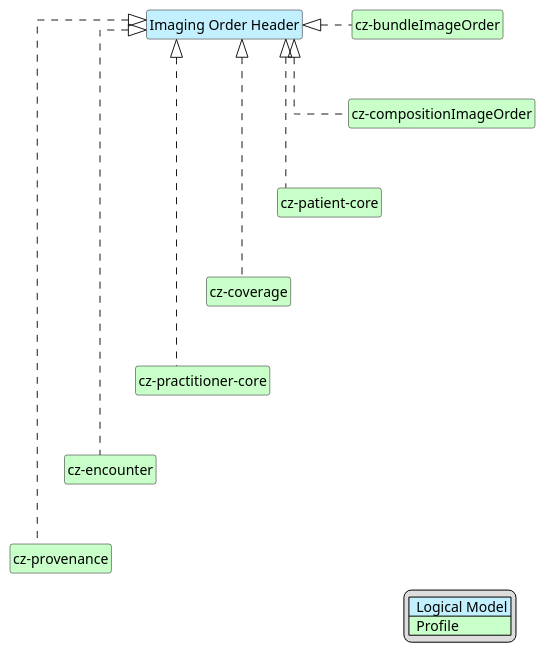
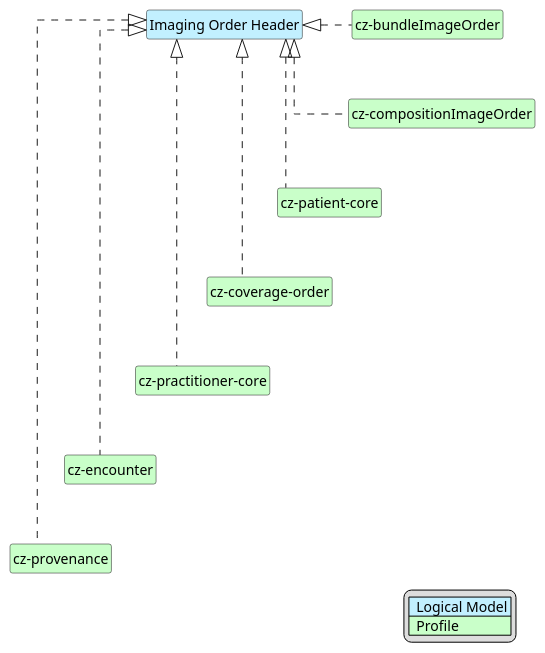
One commit to HL7-cz/img-order changed the diagram in input/images-source/imgOrderHead-map.plantuml. Above: the diagram before and after it, drawn with PlantUML. The commit also changed 3 other files, not shown here.

Commit message:
Fix coverage in plantuml

```diff
--- a/input/images-source/imgOrderHead-map.plantuml
+++ b/input/images-source/imgOrderHead-map.plantuml
@@ -1,47 +1,47 @@
 @startuml
 hide circle
 hide stereotype
 hide members
 hide methods
 skinparam linetype ortho
 skinparam class {
 BackgroundColor<<LogicalModel>> #APPLICATION
 BackgroundColor<<Profile>> #TECHNOLOGY
 }
 legend right
 | <#APPLICATION>  Logical Model |
 | <#TECHNOLOGY>  Profile |
 endlegend
 class "Imaging Order Header" <<LogicalModel>> [[StructureDefinition-HeaderImagingOrder.html]]
 
 /'
 class "Additional Recipient" <<LogicalModel>> [[StructureDefinition-AdditionalRecipientCz.html]]
 class "Author" <<LogicalModel>> [[StructureDefinition-AuthorCz.html]]
 class "Information about coverage" <<LogicalModel>> [[StructureDefinition-CoverageOrderCz.html]]
 class "Document metadata" <<LogicalModel>> [[StructureDefinition-DocumentMetadataCz.html]]
 class "Health insurance and payment information" <<LogicalModel>> [[StructureDefinition-PayerCz.html]]
 class "Requested Performer" <<LogicalModel>> [[StructureDefinition-RequestedPerformerCz.html]]
 class "Identification" <<LogicalModel>> [[StructureDefinition-SubjectCz.html]]
 class "Related contact information of the Patient/subject" <<LogicalModel>> [[StructureDefinition-SubjectCz.html]]
 '/
 class "cz-encounter" <<Profile>> [[https://hl7.cz/fhir/core/StructureDefinition-cz-encounter.html]]
-class "cz-coverage" <<Profile>> [[https://hl7.cz/fhir/core/StructureDefinition-cz-coverage.html]]
+class "cz-coverage-order" <<Profile>> [[StructureDefinition-cz-coverage-order.html]]
 class "cz-patient-core" <<Profile>> [[https://hl7.cz/fhir/core/StructureDefinition-cz-patient-core.html]]
 class "cz-practitioner-core" <<Profile>> [[https://hl7.cz/fhir/core/StructureDefinition-cz-practitioner-core.html]]
 class "cz-bundleImageOrder" <<Profile>> [[StructureDefinition-cz-bundleImageOrder.html]]
 class "cz-provenance" <<Profile>> [[https://hl7.cz/fhir/core/StructureDefinition-cz-provenance.html]]
 class "cz-compositionImageOrder" <<Profile>> [[StructureDefinition-cz-compositionImageOrder.html]]
 "Imaging Order Header" <|. "cz-compositionImageOrder"
 "Imaging Order Header" <|. "cz-bundleImageOrder"
 "Imaging Order Header" <|. "cz-provenance"
 "Imaging Order Header" <|. "cz-patient-core"
-"Imaging Order Header" <|. "cz-coverage"
+"Imaging Order Header" <|. "cz-coverage-order"
 "Imaging Order Header" <|. "cz-practitioner-core"
 "Imaging Order Header" <|. "cz-encounter"
 "cz-bundleImageOrder" -d[hidden]-> "cz-compositionImageOrder"
 "cz-compositionImageOrder" -d[hidden]-> "cz-patient-core"
-"cz-patient-core" -d[hidden]-> "cz-coverage"
-"cz-coverage" -d[hidden]-> "cz-practitioner-core"
+"cz-patient-core" -d[hidden]-> "cz-coverage-order"
+"cz-coverage-order" -d[hidden]-> "cz-practitioner-core"
 "cz-practitioner-core" -d[hidden]-> "cz-encounter"
 "cz-encounter" -d[hidden]-> "cz-provenance"
 @enduml
```
